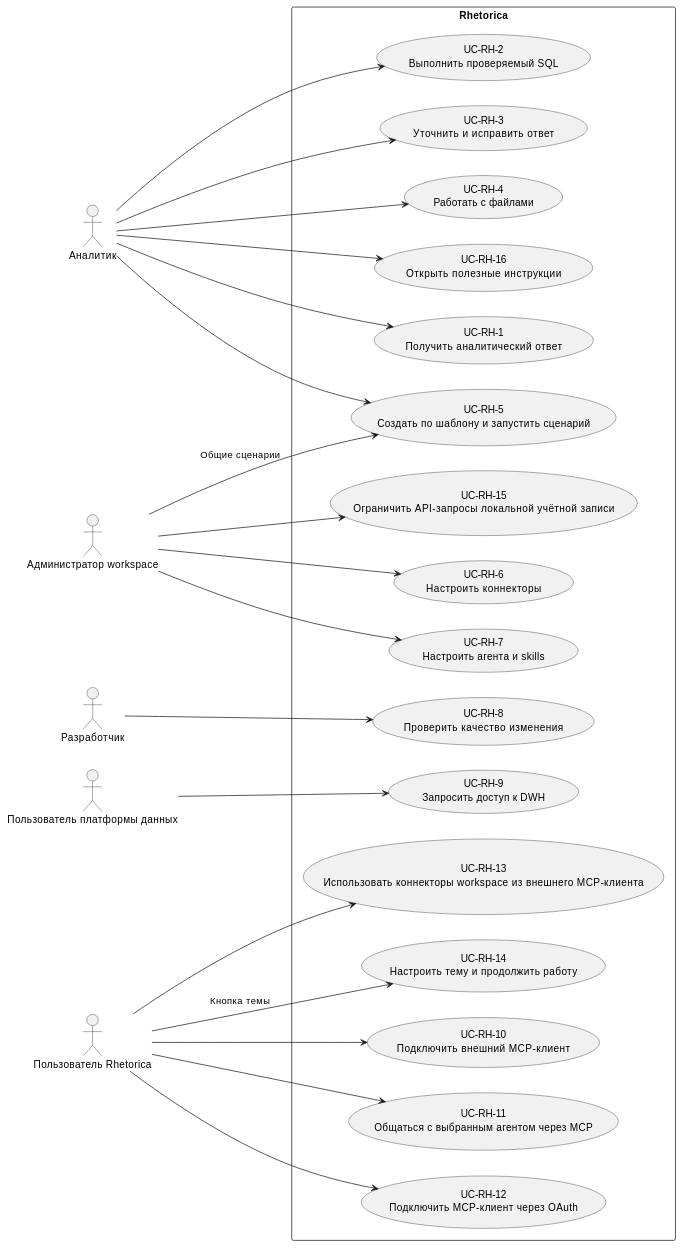
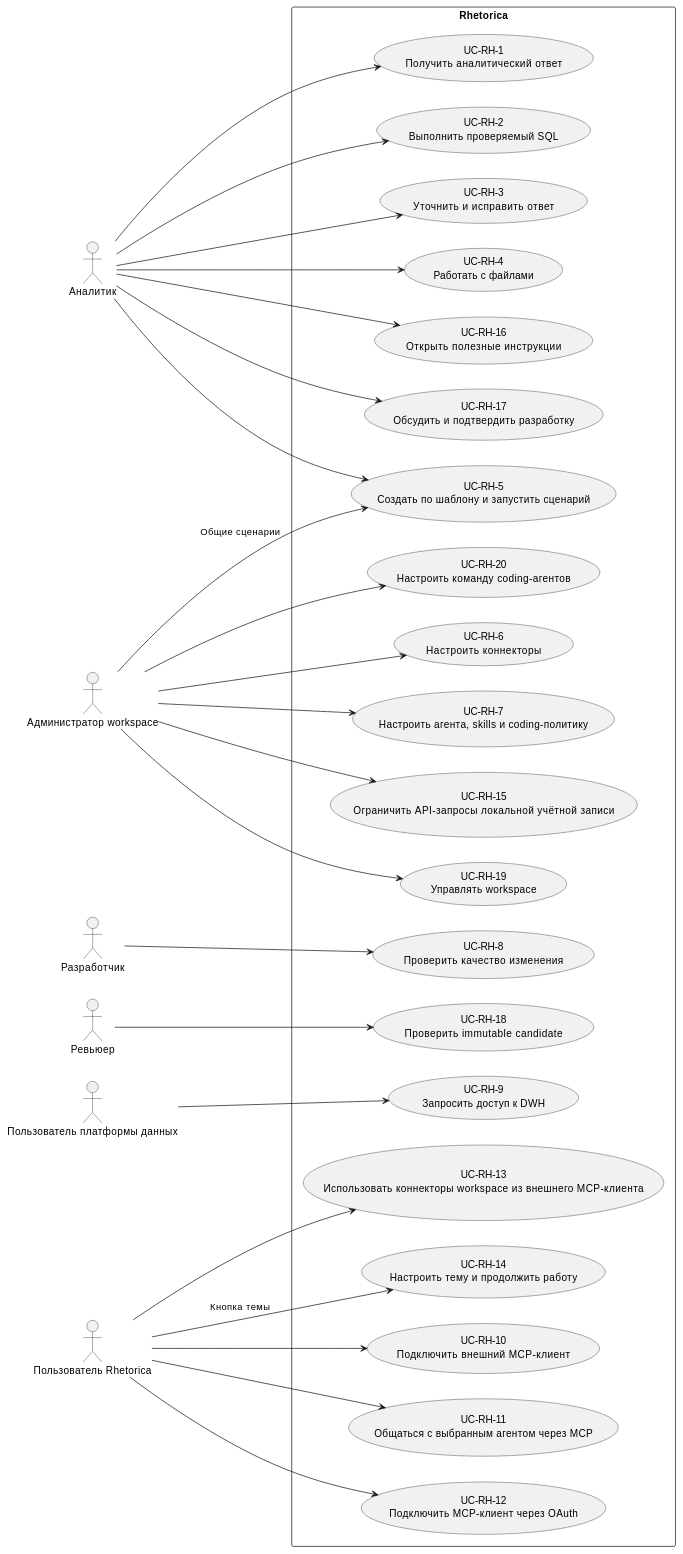
The diagram in docs/rhetorica/uc/_index.md (Adelphopoet/rhetorica), drawn with PlantUML before and after one commit. The commit also changed 488 other files, not shown here.

````diff
--- a/docs/rhetorica/uc/_index.md
+++ b/docs/rhetorica/uc/_index.md
@@ -10,47 +10,56 @@
 ```plantuml
 @startuml
 left to right direction
 actor "Аналитик" as Analyst
 actor "Администратор workspace" as Admin
 actor "Разработчик" as Developer
+actor "Ревьюер" as Reviewer
 actor "Пользователь платформы данных" as DataUser
 actor "Пользователь Rhetorica" as User
 
 rectangle Rhetorica {
   usecase "UC-RH-1\nПолучить аналитический ответ" as UC1
   usecase "UC-RH-2\nВыполнить проверяемый SQL" as UC2
   usecase "UC-RH-3\nУточнить и исправить ответ" as UC3
   usecase "UC-RH-4\nРаботать с файлами" as UC4
   usecase "UC-RH-5\nСоздать по шаблону и запустить сценарий" as UC5
   usecase "UC-RH-6\nНастроить коннекторы" as UC6
-  usecase "UC-RH-7\nНастроить агента и skills" as UC7
+  usecase "UC-RH-7\nНастроить агента, skills и coding-политику" as UC7
   usecase "UC-RH-8\nПроверить качество изменения" as UC8
   usecase "UC-RH-9\nЗапросить доступ к DWH" as UC9
   usecase "UC-RH-10\nПодключить внешний MCP-клиент" as UC10
   usecase "UC-RH-11\nОбщаться с выбранным агентом через MCP" as UC11
   usecase "UC-RH-12\nПодключить MCP-клиент через OAuth" as UC12
   usecase "UC-RH-13\nИспользовать коннекторы workspace из внешнего MCP-клиента" as UC13
   usecase "UC-RH-14\nНастроить тему и продолжить работу" as UC14
   usecase "UC-RH-15\nОграничить API-запросы локальной учётной записи" as UC15
   usecase "UC-RH-16\nОткрыть полезные инструкции" as UC16
+  usecase "UC-RH-17\nОбсудить и подтвердить разработку" as UC17
+  usecase "UC-RH-18\nПроверить immutable candidate" as UC18
+  usecase "UC-RH-19\nУправлять workspace" as UC19
+  usecase "UC-RH-20\nНастроить команду coding-агентов" as UC20
 }
 
 Analyst --> UC1
 Analyst --> UC2
 Analyst --> UC3
 Analyst --> UC4
 Analyst --> UC5
 Admin --> UC5 : Общие сценарии
 Admin --> UC6
 Admin --> UC7
 Developer --> UC8
 DataUser --> UC9
 User --> UC10
 User --> UC11
 User --> UC12
 User --> UC13
 User --> UC14 : Кнопка темы
 Admin --> UC15
 Analyst --> UC16
+Analyst --> UC17
+Reviewer --> UC18
+Admin --> UC19
+Admin --> UC20
 @enduml
 ```
````
